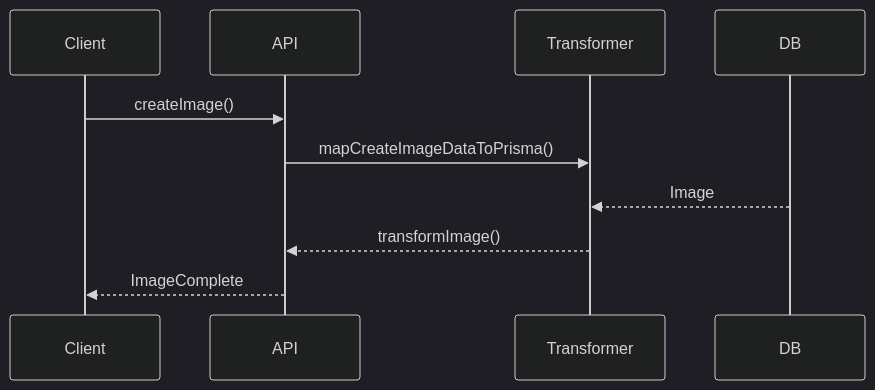
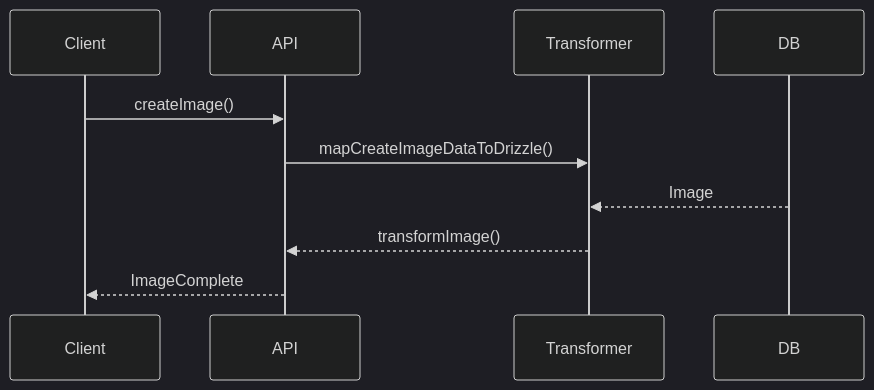
Before and after one commit to gvastethecreator/media-manager: the second of 2 diagrams in src/types/entities/image/documentation.md, drawn with Mermaid (dark theme). The commit also changed 185 other files, not shown here.

````diff
--- a/src/types/entities/image/documentation.md
+++ b/src/types/entities/image/documentation.md
@@ -49,13 +49,13 @@
 ```mermaid
 sequenceDiagram
     participant Client
     participant API
     participant Transformer
     participant DB
     Client->>API: createImage()
-    API->>Transformer: mapCreateImageDataToPrisma()
+    API->>Transformer: mapCreateImageDataToDrizzle()
     
     DB-->>Transformer: Image
     Transformer-->>API: transformImage()
     API-->>Client: ImageComplete
 ```
````
